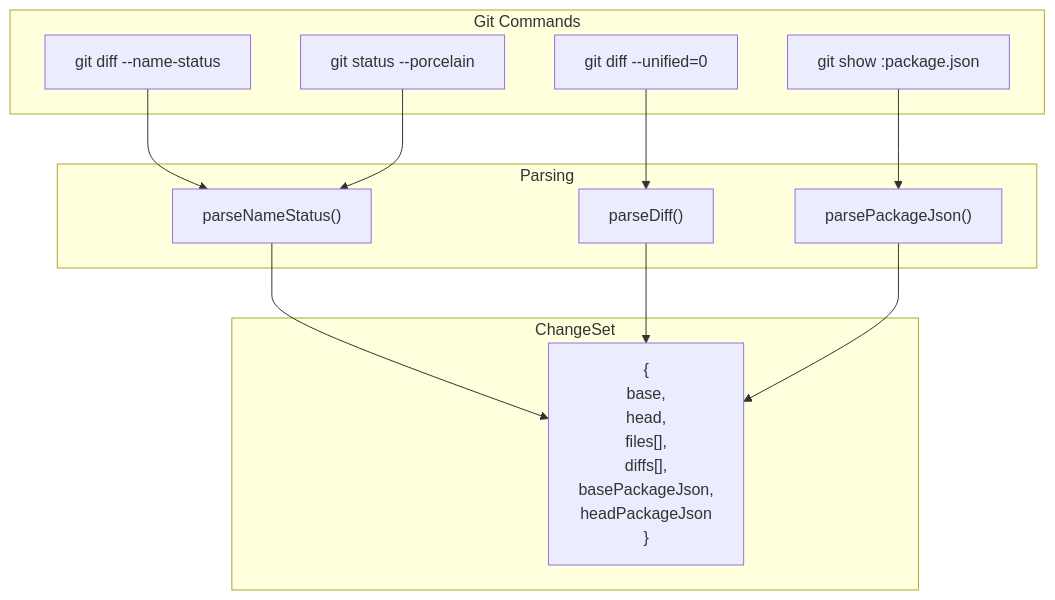
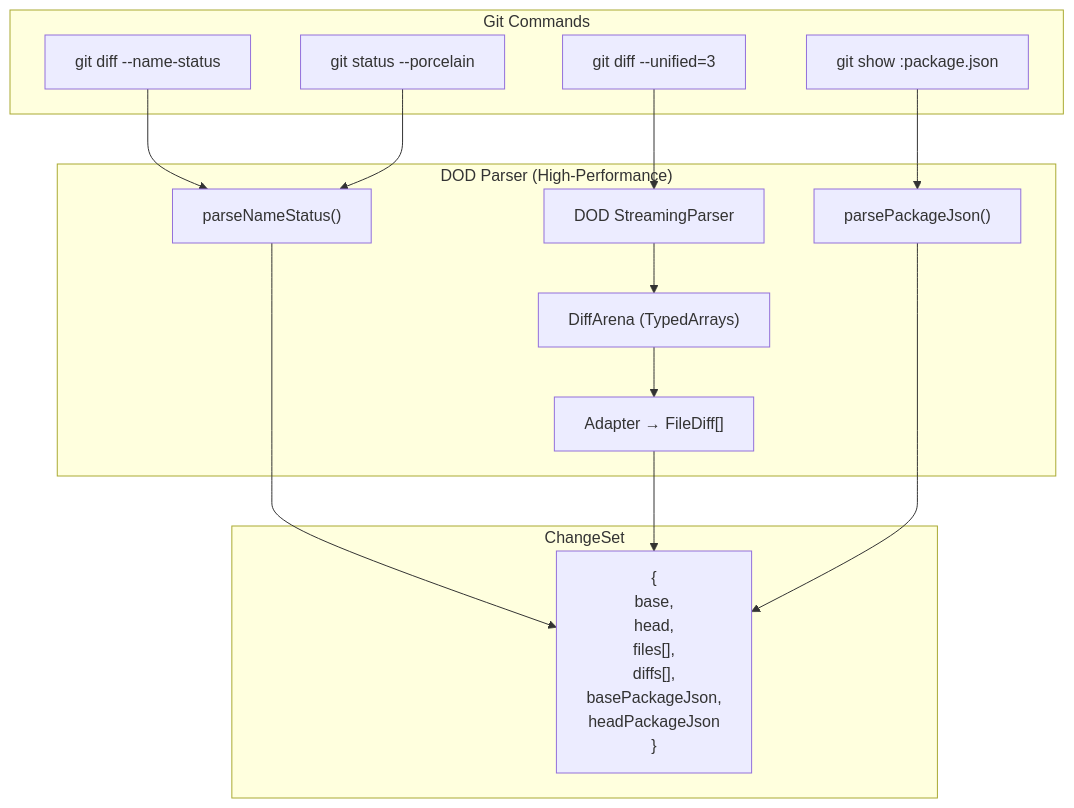
Before and after one commit to better-vibe/branch-narrator: the first of 5 diagrams in docs/02-architecture/data-flow.md, drawn with Mermaid. The commit also changed other lines of this file and 8 other files, not shown here.

First line of the commit message:
refactor: remove `parse-diff` dependency and fully integrate high-performance DOD parser

````diff
--- a/docs/02-architecture/data-flow.md
+++ b/docs/02-architecture/data-flow.md
@@ -5,31 +5,33 @@
 ```mermaid
 flowchart TD
     subgraph Input["Git Commands"]
         NS["git diff --name-status"]
-        UD["git diff --unified=0"]
+        UD["git diff --unified=3"]
         SP["git status --porcelain"]
         PJ["git show :package.json"]
     end
 
-    subgraph Parse["Parsing"]
+    subgraph Parse["DOD Parser (High-Performance)"]
         FP["parseNameStatus()"]
-        DP["parseDiff()"]
+        DOD["DOD StreamingParser"]
+        ARENA["DiffArena (TypedArrays)"]
+        ADAPT["Adapter → FileDiff[]"]
         PP["parsePackageJson()"]
     end
 
     subgraph Output["ChangeSet"]
         CS["{
             base,
             head,
             files[],
             diffs[],
             basePackageJson,
             headPackageJson
         }"]
     end
 
     NS --> FP --> CS
-    UD --> DP --> CS
+    UD --> DOD --> ARENA --> ADAPT --> CS
     SP --> FP
     PJ --> PP --> CS
 ```
````
